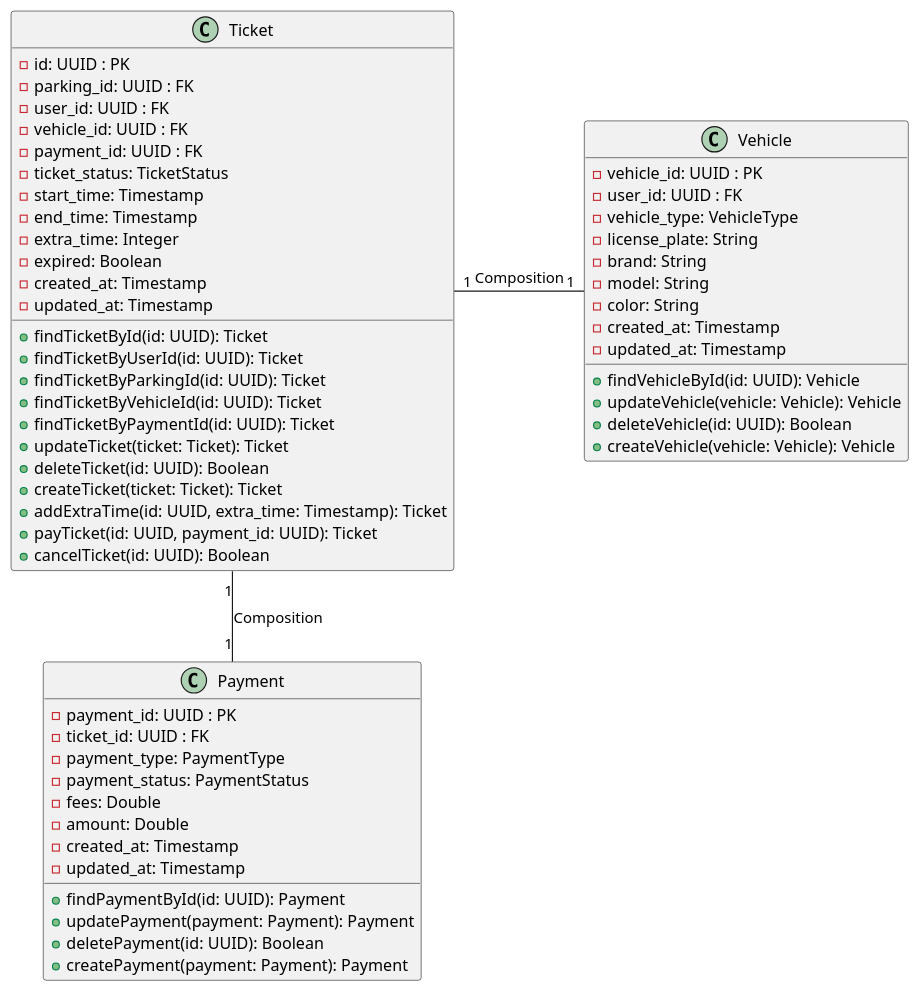
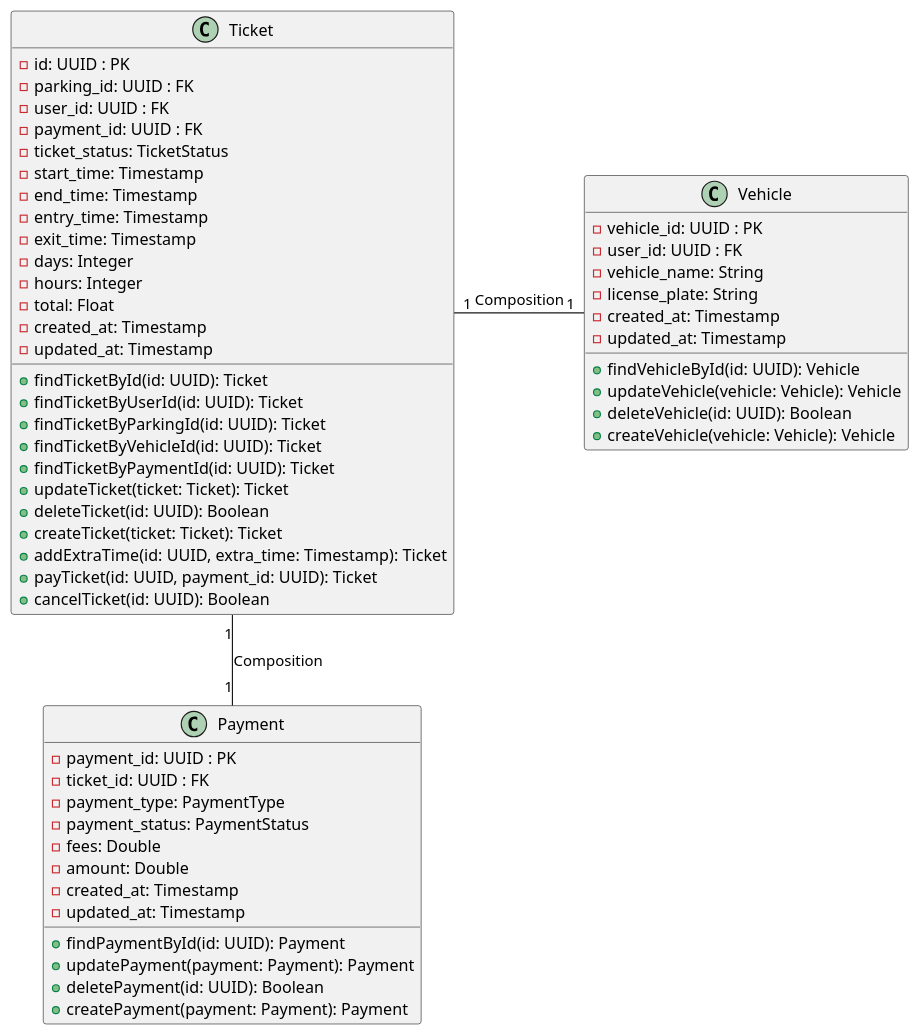
The diagram in class/ticket.wsd (hieutbui/graduation-diagram), drawn with PlantUML before and after one commit. The commit also changed 3 other files, not shown here.

Commit message:
Update class diagrams

```diff
--- a/class/ticket.wsd
+++ b/class/ticket.wsd
@@ -1,66 +1,65 @@
 @startuml class_ticket
 
 class Ticket {
   -id: UUID : PK
   -parking_id: UUID : FK
   -user_id: UUID : FK
-  -vehicle_id: UUID : FK
   -payment_id: UUID : FK
   -ticket_status: TicketStatus
   -start_time: Timestamp
   -end_time: Timestamp
-  -extra_time: Integer
-  -expired: Boolean
+  -entry_time: Timestamp
+  -exit_time: Timestamp
+  -days: Integer
+  -hours: Integer
+  -total: Float
   -created_at: Timestamp
   -updated_at: Timestamp
 
   +findTicketById(id: UUID): Ticket
   +findTicketByUserId(id: UUID): Ticket
   +findTicketByParkingId(id: UUID): Ticket
   +findTicketByVehicleId(id: UUID): Ticket
   +findTicketByPaymentId(id: UUID): Ticket
   +updateTicket(ticket: Ticket): Ticket
   +deleteTicket(id: UUID): Boolean
   +createTicket(ticket: Ticket): Ticket
   +addExtraTime(id: UUID, extra_time: Timestamp): Ticket
   +payTicket(id: UUID, payment_id: UUID): Ticket
   +cancelTicket(id: UUID): Boolean
 }
 
 class Vehicle {
   -vehicle_id: UUID : PK
   -user_id: UUID : FK
-  -vehicle_type: VehicleType
+  -vehicle_name: String
   -license_plate: String
-  -brand: String
-  -model: String
-  -color: String
   -created_at: Timestamp
   -updated_at: Timestamp
 
   +findVehicleById(id: UUID): Vehicle
   +updateVehicle(vehicle: Vehicle): Vehicle
   +deleteVehicle(id: UUID): Boolean
   +createVehicle(vehicle: Vehicle): Vehicle
 }
 
 class Payment {
   -payment_id: UUID : PK
   -ticket_id: UUID : FK
   -payment_type: PaymentType
   -payment_status: PaymentStatus
   -fees: Double
   -amount: Double
   -created_at: Timestamp
   -updated_at: Timestamp
 
   +findPaymentById(id: UUID): Payment
   +updatePayment(payment: Payment): Payment
   +deletePayment(id: UUID): Boolean
   +createPayment(payment: Payment): Payment
 }
 
 Ticket "1"-right-"1" Vehicle : Composition
 Ticket "1"-down-"1" Payment : Composition
 
 @enduml
```
